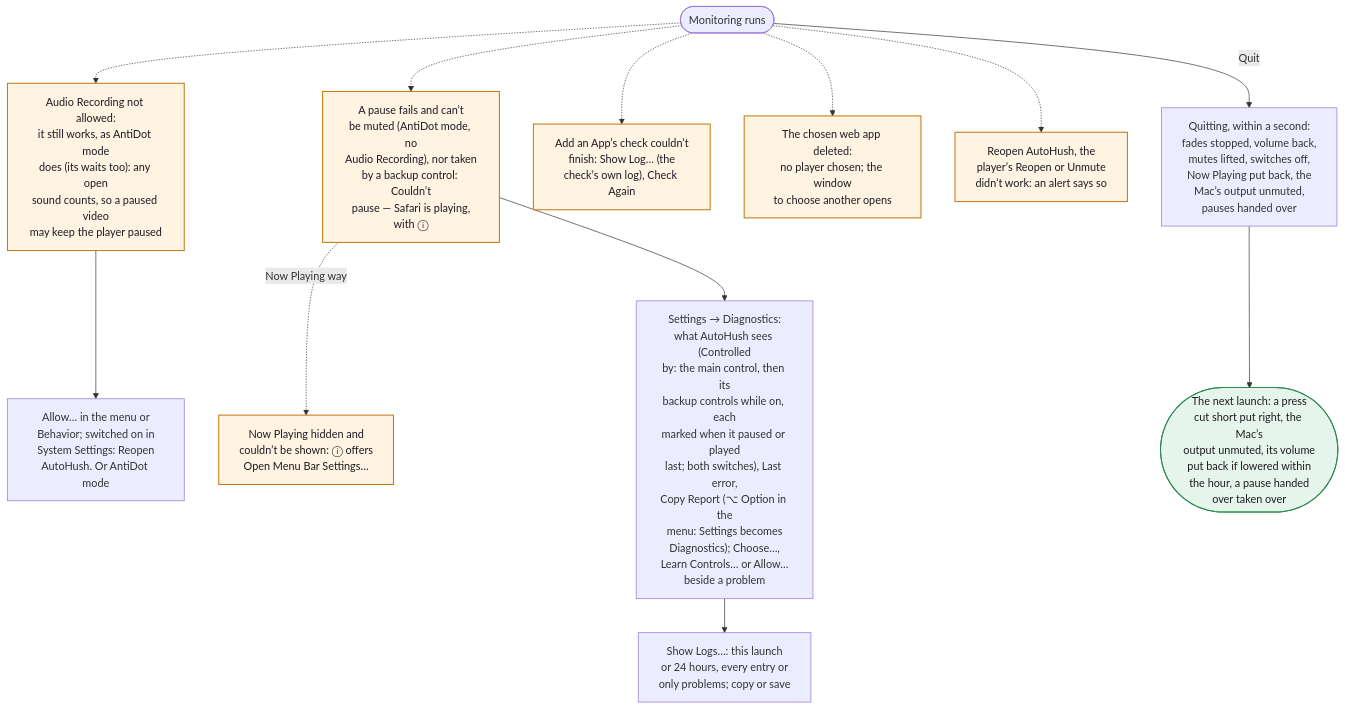
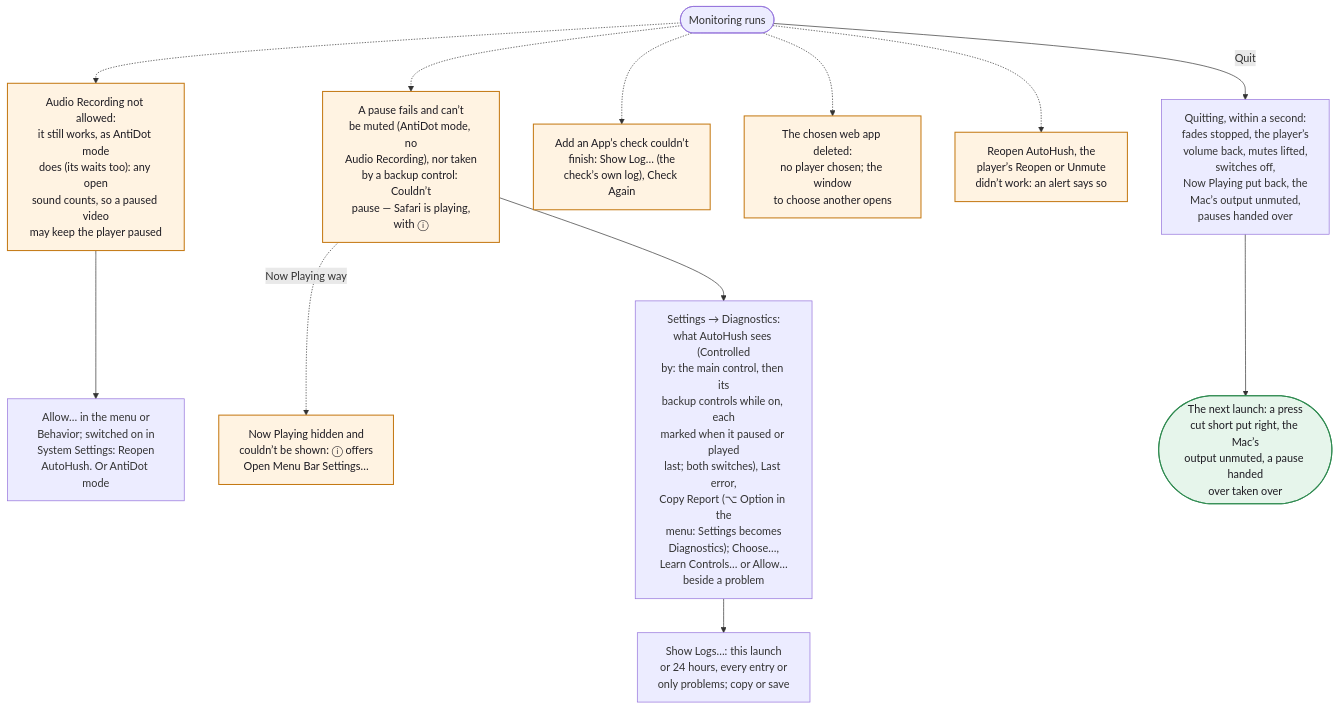
One commit to hfustercabre/AutoHush changed diagram 14 of 14 in WORKFLOWS.md. Above: the diagram before and after it, drawn with Mermaid. The commit also changed other lines of this file and 23 other files, not shown here.

````diff
--- a/WORKFLOWS.md
+++ b/WORKFLOWS.md
@@ -790,29 +790,29 @@
 ```mermaid
 flowchart TD
   R(["Monitoring runs"])
   AUD["Audio Recording not allowed:<br/>it still works, as AntiDot mode<br/>does (its waits too): any open<br/>sound counts, so a paused video<br/>may keep the player paused"]
   AUDF["Allow… in the menu or<br/>Behavior; switched on in<br/>System Settings: Reopen<br/>AutoHush. Or AntiDot mode"]
   PF["A pause fails and can’t<br/>be muted (AntiDot mode, no<br/>Audio Recording), nor taken<br/>by a backup control: Couldn’t<br/>pause — Safari is playing,<br/>with ⓘ"]
   NPH["Now Playing hidden and<br/>couldn’t be shown: ⓘ offers<br/>Open Menu Bar Settings…"]
   DIAG["Settings → Diagnostics:<br/>what AutoHush sees (Controlled<br/>by: the main control, then its<br/>backup controls while on, each<br/>marked when it paused or played<br/>last; both switches), Last error,<br/>Copy Report (⌥ Option in the<br/>menu: Settings becomes<br/>Diagnostics); Choose…,<br/>Learn Controls… or Allow…<br/>beside a problem"]
   LOGS["Show Logs…: this launch<br/>or 24 hours, every entry or<br/>only problems; copy or save"]
   CHK["Add an App’s check couldn’t<br/>finish: Show Log… (the<br/>check’s own log), Check Again"]
   DEL["The chosen web app deleted:<br/>no player chosen; the window<br/>to choose another opens"]
   FAILS["Reopen AutoHush, the<br/>player’s Reopen or Unmute<br/>didn’t work: an alert says so"]
-  QUIT["Quitting, within a second:<br/>fades stopped, volume back,<br/>mutes lifted, switches off,<br/>Now Playing put back, the<br/>Mac’s output unmuted,<br/>pauses handed over"]
-  NEXT(["The next launch: a press<br/>cut short put right, the Mac’s<br/>output unmuted, its volume<br/>put back if lowered within<br/>the hour, a pause handed<br/>over taken over"])
+  QUIT["Quitting, within a second:<br/>fades stopped, the player’s<br/>volume back, mutes lifted,<br/>switches off,<br/>Now Playing put back, the<br/>Mac’s output unmuted,<br/>pauses handed over"]
+  NEXT(["The next launch: a press<br/>cut short put right, the Mac’s<br/>output unmuted, a pause handed<br/>over taken over"])
 
   R -.-> AUD --> AUDF
   R -.-> PF
   PF -.->|"Now Playing way"| NPH
   PF --> DIAG --> LOGS
   R -.-> CHK
   R -.-> DEL
   R -.-> FAILS
   R -->|"Quit"| QUIT --> NEXT
 
   class AUD,PF,NPH,CHK,DEL,FAILS warn
   class NEXT done
   classDef warn fill:#fff3e2,stroke:#c47812,stroke-width:1.5px,color:#1d1b22
   classDef done fill:#e6f5eb,stroke:#2f8a50,stroke-width:1.5px,color:#1d1b22
 ```
````
